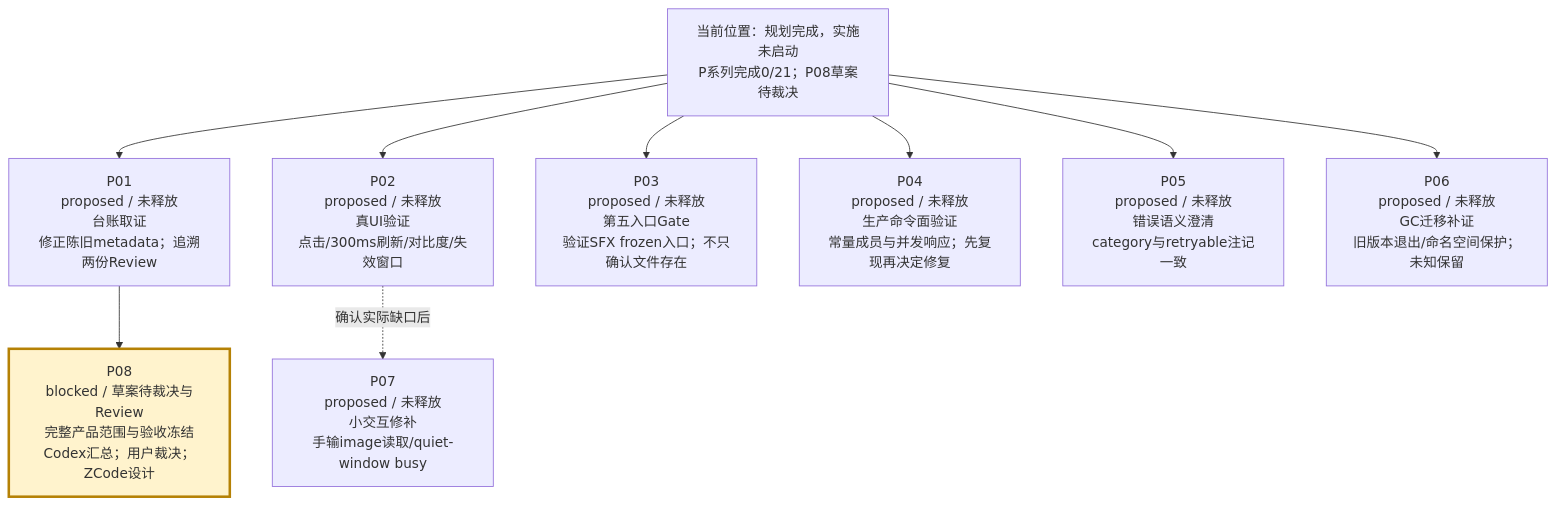
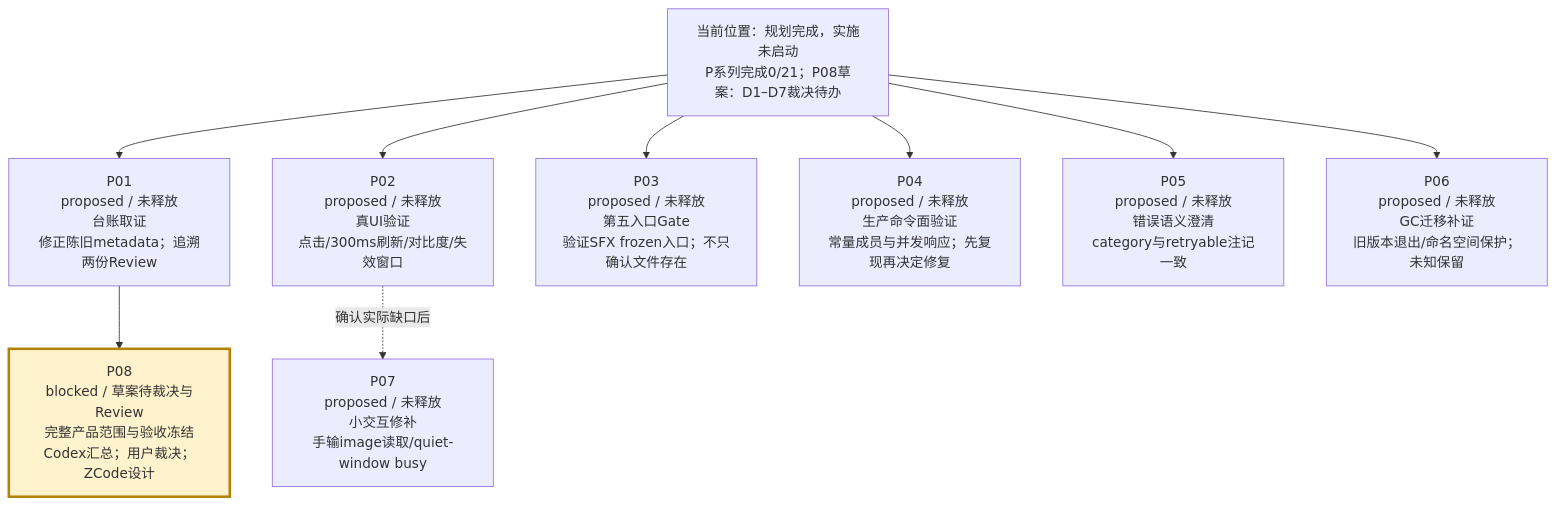
One commit to peakwheat-pixel/New-Manga changed the second of 4 diagrams in verification/PROJECT-ROADMAP-20261008/ROADMAP.md. Above: the diagram before and after it, drawn with Mermaid. The commit also changed other lines of this file and 11 other files, not shown here.

````diff
--- a/verification/PROJECT-ROADMAP-20261008/ROADMAP.md
+++ b/verification/PROJECT-ROADMAP-20261008/ROADMAP.md
@@ -30,12 +30,12 @@
 ```mermaid
 flowchart TB
-  BASE["当前位置：规划完成，实施未启动<br/>P系列完成0/21；P08草案待裁决"] --> P01["P01<br/>proposed / 未释放<br/>台账取证<br/>修正陈旧metadata；追溯两份Review"]
+  BASE["当前位置：规划完成，实施未启动<br/>P系列完成0/21；P08草案：D1–D7裁决待办"] --> P01["P01<br/>proposed / 未释放<br/>台账取证<br/>修正陈旧metadata；追溯两份Review"]
   BASE --> P02["P02<br/>proposed / 未释放<br/>真UI验证<br/>点击/300ms刷新/对比度/失效窗口"]
   BASE --> P03["P03<br/>proposed / 未释放<br/>第五入口Gate<br/>验证SFX frozen入口；不只确认文件存在"]
   BASE --> P04["P04<br/>proposed / 未释放<br/>生产命令面验证<br/>常量成员与并发响应；先复现再决定修复"]
   BASE --> P05["P05<br/>proposed / 未释放<br/>错误语义澄清<br/>category与retryable注记一致"]
   BASE --> P06["P06<br/>proposed / 未释放<br/>GC迁移补证<br/>旧版本退出/命名空间保护；未知保留"]
   P02 -. "确认实际缺口后" .-> P07["P07<br/>proposed / 未释放<br/>小交互修补<br/>手输image读取/quiet-window busy"]
   P01 --> P08["P08<br/>blocked / 草案待裁决与Review<br/>完整产品范围与验收冻结<br/>Codex汇总；用户裁决；ZCode设计"]
   style P08 fill:#fff3cd,stroke:#b58105,stroke-width:3px
 ```
````
